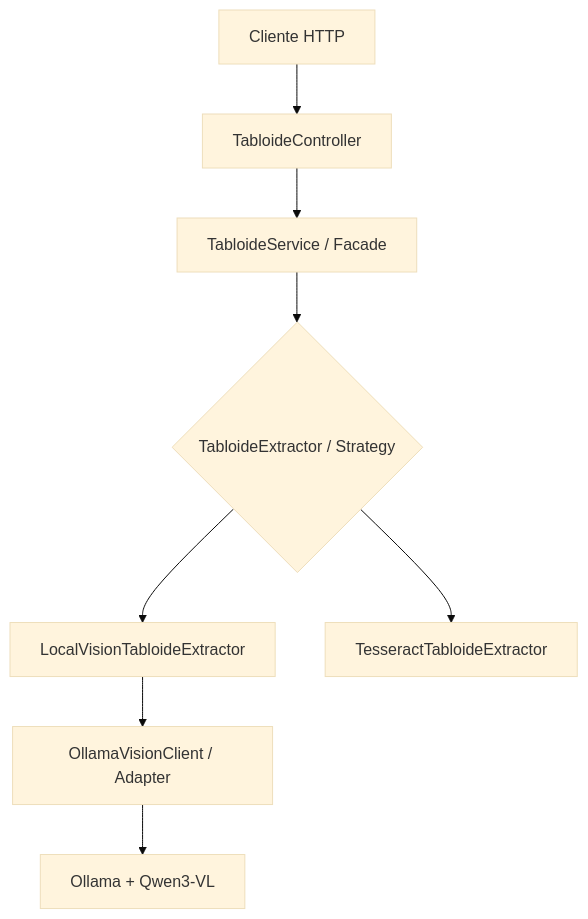
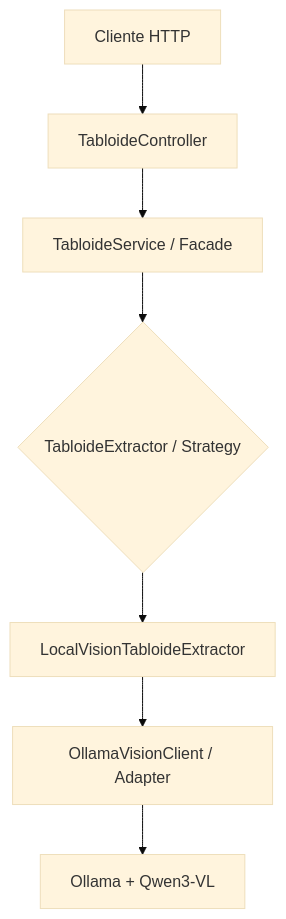
Before and after one commit to efernandes91/tabloide-extractor-api: the second of 2 diagrams in README.md, drawn with Mermaid (base theme). The commit also changed other lines of this file and 12 other files, not shown here.

````diff
--- a/README.md
+++ b/README.md
@@ -75,10 +74,9 @@
 ```mermaid
 flowchart TD
     Client[Cliente HTTP] --> Controller[TabloideController]
     Controller --> Service[TabloideService / Facade]
     Service --> Contract{TabloideExtractor / Strategy}
     Contract --> Vision[LocalVisionTabloideExtractor]
-    Contract --> OCR[TesseractTabloideExtractor]
     Vision --> Adapter[OllamaVisionClient / Adapter]
     Adapter --> Ollama[Ollama + Qwen3-VL]
 ```
````
